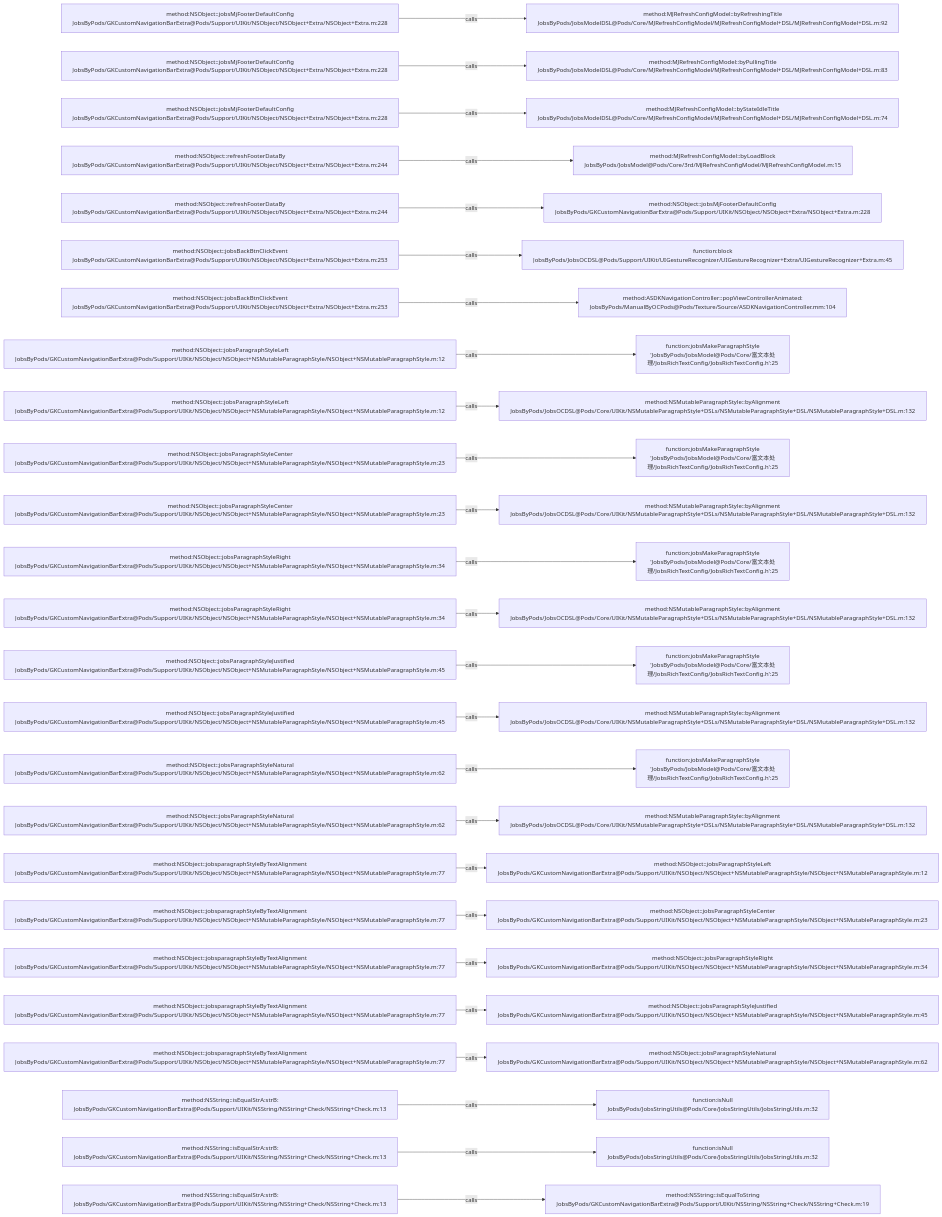
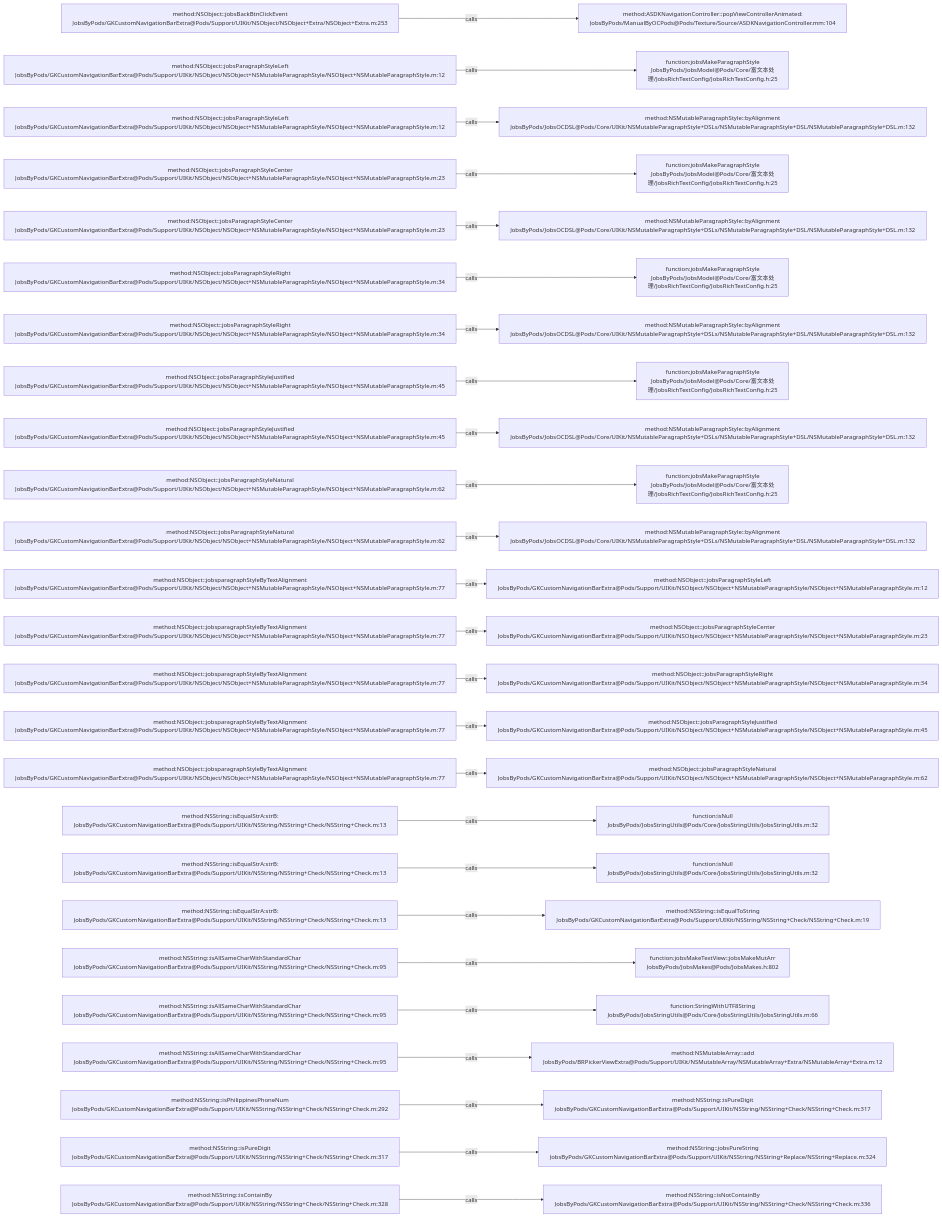
Before and after one commit to JobsKits/JobsOCBaseConfigDemo: the diagram in .codegraph/codegraph.md/graphs/calls-014.md, drawn with Mermaid. The commit also changed 223 other files, not shown here.

````diff
--- a/.codegraph/codegraph.md/graphs/calls-014.md
+++ b/.codegraph/codegraph.md/graphs/calls-014.md
@@ -13,78 +13,78 @@
 ```mermaid
 flowchart LR
-  S1["method:NSObject::jobsMjFooterDefaultConfig<br/>JobsByPods/GKCustomNavigationBarExtra@Pods/Support/UIKit/NSObject/NSObject+Extra/NSObject+Extra.m:228"]
-  T1["method:MJRefreshConfigModel::byRefreshingTitle<br/>JobsByPods/JobsModelDSL@Pods/Core/MJRefreshConfigModel/MJRefreshConfigModel+DSL/MJRefreshConfigModel+DSL.m:92"]
+  S1["method:NSObject::jobsBackBtnClickEvent<br/>JobsByPods/GKCustomNavigationBarExtra@Pods/Support/UIKit/NSObject/NSObject+Extra/NSObject+Extra.m:253"]
+  T1["method:ASDKNavigationController::popViewControllerAnimated:<br/>JobsByPods/ManualByOCPods@Pods/Texture/Source/ASDKNavigationController.mm:104"]
   S1 -->|calls| T1
-  S2["method:NSObject::jobsMjFooterDefaultConfig<br/>JobsByPods/GKCustomNavigationBarExtra@Pods/Support/UIKit/NSObject/NSObject+Extra/NSObject+Extra.m:228"]
-  T2["method:MJRefreshConfigModel::byPullingTitle<br/>JobsByPods/JobsModelDSL@Pods/Core/MJRefreshConfigModel/MJRefreshConfigModel+DSL/MJRefreshConfigModel+DSL.m:83"]
+  S2["method:NSObject::jobsParagraphStyleLeft<br/>JobsByPods/GKCustomNavigationBarExtra@Pods/Support/UIKit/NSObject/NSObject+NSMutableParagraphStyle/NSObject+NSMutableParagraphStyle.m:12"]
+  T2["function:jobsMakeParagraphStyle<br/>JobsByPods/JobsModel@Pods/Core/富文本处理/JobsRichTextConfig/JobsRichTextConfig.h:25"]
   S2 -->|calls| T2
-  S3["method:NSObject::jobsMjFooterDefaultConfig<br/>JobsByPods/GKCustomNavigationBarExtra@Pods/Support/UIKit/NSObject/NSObject+Extra/NSObject+Extra.m:228"]
-  T3["method:MJRefreshConfigModel::byStateIdleTitle<br/>JobsByPods/JobsModelDSL@Pods/Core/MJRefreshConfigModel/MJRefreshConfigModel+DSL/MJRefreshConfigModel+DSL.m:74"]
+  S3["method:NSObject::jobsParagraphStyleLeft<br/>JobsByPods/GKCustomNavigationBarExtra@Pods/Support/UIKit/NSObject/NSObject+NSMutableParagraphStyle/NSObject+NSMutableParagraphStyle.m:12"]
+  T3["method:NSMutableParagraphStyle::byAlignment<br/>JobsByPods/JobsOCDSL@Pods/Core/UIKit/NSMutableParagraphStyle+DSLs/NSMutableParagraphStyle+DSL/NSMutableParagraphStyle+DSL.m:132"]
   S3 -->|calls| T3
-  S4["method:NSObject::refreshFooterDataBy<br/>JobsByPods/GKCustomNavigationBarExtra@Pods/Support/UIKit/NSObject/NSObject+Extra/NSObject+Extra.m:244"]
-  T4["method:MJRefreshConfigModel::byLoadBlock<br/>JobsByPods/JobsModel@Pods/Core/3rd/MJRefreshConfigModel/MJRefreshConfigModel.m:15"]
+  S4["method:NSObject::jobsParagraphStyleCenter<br/>JobsByPods/GKCustomNavigationBarExtra@Pods/Support/UIKit/NSObject/NSObject+NSMutableParagraphStyle/NSObject+NSMutableParagraphStyle.m:23"]
+  T4["function:jobsMakeParagraphStyle<br/>JobsByPods/JobsModel@Pods/Core/富文本处理/JobsRichTextConfig/JobsRichTextConfig.h:25"]
   S4 -->|calls| T4
-  S5["method:NSObject::refreshFooterDataBy<br/>JobsByPods/GKCustomNavigationBarExtra@Pods/Support/UIKit/NSObject/NSObject+Extra/NSObject+Extra.m:244"]
-  T5["method:NSObject::jobsMjFooterDefaultConfig<br/>JobsByPods/GKCustomNavigationBarExtra@Pods/Support/UIKit/NSObject/NSObject+Extra/NSObject+Extra.m:228"]
+  S5["method:NSObject::jobsParagraphStyleCenter<br/>JobsByPods/GKCustomNavigationBarExtra@Pods/Support/UIKit/NSObject/NSObject+NSMutableParagraphStyle/NSObject+NSMutableParagraphStyle.m:23"]
+  T5["method:NSMutableParagraphStyle::byAlignment<br/>JobsByPods/JobsOCDSL@Pods/Core/UIKit/NSMutableParagraphStyle+DSLs/NSMutableParagraphStyle+DSL/NSMutableParagraphStyle+DSL.m:132"]
   S5 -->|calls| T5
-  S6["method:NSObject::jobsBackBtnClickEvent<br/>JobsByPods/GKCustomNavigationBarExtra@Pods/Support/UIKit/NSObject/NSObject+Extra/NSObject+Extra.m:253"]
-  T6["function:block<br/>JobsByPods/JobsOCDSL@Pods/Support/UIKit/UIGestureRecognizer/UIGestureRecognizer+Extra/UIGestureRecognizer+Extra.m:45"]
+  S6["method:NSObject::jobsParagraphStyleRight<br/>JobsByPods/GKCustomNavigationBarExtra@Pods/Support/UIKit/NSObject/NSObject+NSMutableParagraphStyle/NSObject+NSMutableParagraphStyle.m:34"]
+  T6["function:jobsMakeParagraphStyle<br/>JobsByPods/JobsModel@Pods/Core/富文本处理/JobsRichTextConfig/JobsRichTextConfig.h:25"]
   S6 -->|calls| T6
-  S7["method:NSObject::jobsBackBtnClickEvent<br/>JobsByPods/GKCustomNavigationBarExtra@Pods/Support/UIKit/NSObject/NSObject+Extra/NSObject+Extra.m:253"]
-  T7["method:ASDKNavigationController::popViewControllerAnimated:<br/>JobsByPods/ManualByOCPods@Pods/Texture/Source/ASDKNavigationController.mm:104"]
+  S7["method:NSObject::jobsParagraphStyleRight<br/>JobsByPods/GKCustomNavigationBarExtra@Pods/Support/UIKit/NSObject/NSObject+NSMutableParagraphStyle/NSObject+NSMutableParagraphStyle.m:34"]
+  T7["method:NSMutableParagraphStyle::byAlignment<br/>JobsByPods/JobsOCDSL@Pods/Core/UIKit/NSMutableParagraphStyle+DSLs/NSMutableParagraphStyle+DSL/NSMutableParagraphStyle+DSL.m:132"]
   S7 -->|calls| T7
-  S8["method:NSObject::jobsParagraphStyleLeft<br/>JobsByPods/GKCustomNavigationBarExtra@Pods/Support/UIKit/NSObject/NSObject+NSMutableParagraphStyle/NSObject+NSMutableParagraphStyle.m:12"]
-  T8["function:jobsMakeParagraphStyle<br/>'JobsByPods/JobsModel@Pods/Core/富文本处理/JobsRichTextConfig/JobsRichTextConfig.h':25"]
+  S8["method:NSObject::jobsParagraphStyleJustified<br/>JobsByPods/GKCustomNavigationBarExtra@Pods/Support/UIKit/NSObject/NSObject+NSMutableParagraphStyle/NSObject+NSMutableParagraphStyle.m:45"]
+  T8["function:jobsMakeParagraphStyle<br/>JobsByPods/JobsModel@Pods/Core/富文本处理/JobsRichTextConfig/JobsRichTextConfig.h:25"]
   S8 -->|calls| T8
-  S9["method:NSObject::jobsParagraphStyleLeft<br/>JobsByPods/GKCustomNavigationBarExtra@Pods/Support/UIKit/NSObject/NSObject+NSMutableParagraphStyle/NSObject+NSMutableParagraphStyle.m:12"]
+  S9["method:NSObject::jobsParagraphStyleJustified<br/>JobsByPods/GKCustomNavigationBarExtra@Pods/Support/UIKit/NSObject/NSObject+NSMutableParagraphStyle/NSObject+NSMutableParagraphStyle.m:45"]
   T9["method:NSMutableParagraphStyle::byAlignment<br/>JobsByPods/JobsOCDSL@Pods/Core/UIKit/NSMutableParagraphStyle+DSLs/NSMutableParagraphStyle+DSL/NSMutableParagraphStyle+DSL.m:132"]
   S9 -->|calls| T9
-  S10["method:NSObject::jobsParagraphStyleCenter<br/>JobsByPods/GKCustomNavigationBarExtra@Pods/Support/UIKit/NSObject/NSObject+NSMutableParagraphStyle/NSObject+NSMutableParagraphStyle.m:23"]
-  T10["function:jobsMakeParagraphStyle<br/>'JobsByPods/JobsModel@Pods/Core/富文本处理/JobsRichTextConfig/JobsRichTextConfig.h':25"]
+  S10["method:NSObject::jobsParagraphStyleNatural<br/>JobsByPods/GKCustomNavigationBarExtra@Pods/Support/UIKit/NSObject/NSObject+NSMutableParagraphStyle/NSObject+NSMutableParagraphStyle.m:62"]
+  T10["function:jobsMakeParagraphStyle<br/>JobsByPods/JobsModel@Pods/Core/富文本处理/JobsRichTextConfig/JobsRichTextConfig.h:25"]
   S10 -->|calls| T10
-  S11["method:NSObject::jobsParagraphStyleCenter<br/>JobsByPods/GKCustomNavigationBarExtra@Pods/Support/UIKit/NSObject/NSObject+NSMutableParagraphStyle/NSObject+NSMutableParagraphStyle.m:23"]
+  S11["method:NSObject::jobsParagraphStyleNatural<br/>JobsByPods/GKCustomNavigationBarExtra@Pods/Support/UIKit/NSObject/NSObject+NSMutableParagraphStyle/NSObject+NSMutableParagraphStyle.m:62"]
   T11["method:NSMutableParagraphStyle::byAlignment<br/>JobsByPods/JobsOCDSL@Pods/Core/UIKit/NSMutableParagraphStyle+DSLs/NSMutableParagraphStyle+DSL/NSMutableParagraphStyle+DSL.m:132"]
   S11 -->|calls| T11
-  S12["method:NSObject::jobsParagraphStyleRight<br/>JobsByPods/GKCustomNavigationBarExtra@Pods/Support/UIKit/NSObject/NSObject+NSMutableParagraphStyle/NSObject+NSMutableParagraphStyle.m:34"]
-  T12["function:jobsMakeParagraphStyle<br/>'JobsByPods/JobsModel@Pods/Core/富文本处理/JobsRichTextConfig/JobsRichTextConfig.h':25"]
+  S12["method:NSObject::jobsparagraphStyleByTextAlignment<br/>JobsByPods/GKCustomNavigationBarExtra@Pods/Support/UIKit/NSObject/NSObject+NSMutableParagraphStyle/NSObject+NSMutableParagraphStyle.m:77"]
+  T12["method:NSObject::jobsParagraphStyleLeft<br/>JobsByPods/GKCustomNavigationBarExtra@Pods/Support/UIKit/NSObject/NSObject+NSMutableParagraphStyle/NSObject+NSMutableParagraphStyle.m:12"]
   S12 -->|calls| T12
-  S13["method:NSObject::jobsParagraphStyleRight<br/>JobsByPods/GKCustomNavigationBarExtra@Pods/Support/UIKit/NSObject/NSObject+NSMutableParagraphStyle/NSObject+NSMutableParagraphStyle.m:34"]
-  T13["method:NSMutableParagraphStyle::byAlignment<br/>JobsByPods/JobsOCDSL@Pods/Core/UIKit/NSMutableParagraphStyle+DSLs/NSMutableParagraphStyle+DSL/NSMutableParagraphStyle+DSL.m:132"]
+  S13["method:NSObject::jobsparagraphStyleByTextAlignment<br/>JobsByPods/GKCustomNavigationBarExtra@Pods/Support/UIKit/NSObject/NSObject+NSMutableParagraphStyle/NSObject+NSMutableParagraphStyle.m:77"]
+  T13["method:NSObject::jobsParagraphStyleCenter<br/>JobsByPods/GKCustomNavigationBarExtra@Pods/Support/UIKit/NSObject/NSObject+NSMutableParagraphStyle/NSObject+NSMutableParagraphStyle.m:23"]
   S13 -->|calls| T13
-  S14["method:NSObject::jobsParagraphStyleJustified<br/>JobsByPods/GKCustomNavigationBarExtra@Pods/Support/UIKit/NSObject/NSObject+NSMutableParagraphStyle/NSObject+NSMutableParagraphStyle.m:45"]
-  T14["function:jobsMakeParagraphStyle<br/>'JobsByPods/JobsModel@Pods/Core/富文本处理/JobsRichTextConfig/JobsRichTextConfig.h':25"]
+  S14["method:NSObject::jobsparagraphStyleByTextAlignment<br/>JobsByPods/GKCustomNavigationBarExtra@Pods/Support/UIKit/NSObject/NSObject+NSMutableParagraphStyle/NSObject+NSMutableParagraphStyle.m:77"]
+  T14["method:NSObject::jobsParagraphStyleRight<br/>JobsByPods/GKCustomNavigationBarExtra@Pods/Support/UIKit/NSObject/NSObject+NSMutableParagraphStyle/NSObject+NSMutableParagraphStyle.m:34"]
   S14 -->|calls| T14
-  S15["method:NSObject::jobsParagraphStyleJustified<br/>JobsByPods/GKCustomNavigationBarExtra@Pods/Support/UIKit/NSObject/NSObject+NSMutableParagraphStyle/NSObject+NSMutableParagraphStyle.m:45"]
-  T15["method:NSMutableParagraphStyle::byAlignment<br/>JobsByPods/JobsOCDSL@Pods/Core/UIKit/NSMutableParagraphStyle+DSLs/NSMutableParagraphStyle+DSL/NSMutableParagraphStyle+DSL.m:132"]
+  S15["method:NSObject::jobsparagraphStyleByTextAlignment<br/>JobsByPods/GKCustomNavigationBarExtra@Pods/Support/UIKit/NSObject/NSObject+NSMutableParagraphStyle/NSObject+NSMutableParagraphStyle.m:77"]
+  T15["method:NSObject::jobsParagraphStyleJustified<br/>JobsByPods/GKCustomNavigationBarExtra@Pods/Support/UIKit/NSObject/NSObject+NSMutableParagraphStyle/NSObject+NSMutableParagraphStyle.m:45"]
   S15 -->|calls| T15
-  S16["method:NSObject::jobsParagraphStyleNatural<br/>JobsByPods/GKCustomNavigationBarExtra@Pods/Support/UIKit/NSObject/NSObject+NSMutableParagraphStyle/NSObject+NSMutableParagraphStyle.m:62"]
-  T16["function:jobsMakeParagraphStyle<br/>'JobsByPods/JobsModel@Pods/Core/富文本处理/JobsRichTextConfig/JobsRichTextConfig.h':25"]
+  S16["method:NSObject::jobsparagraphStyleByTextAlignment<br/>JobsByPods/GKCustomNavigationBarExtra@Pods/Support/UIKit/NSObject/NSObject+NSMutableParagraphStyle/NSObject+NSMutableParagraphStyle.m:77"]
+  T16["method:NSObject::jobsParagraphStyleNatural<br/>JobsByPods/GKCustomNavigationBarExtra@Pods/Support/UIKit/NSObject/NSObject+NSMutableParagraphStyle/NSObject+NSMutableParagraphStyle.m:62"]
   S16 -->|calls| T16
-  S17["method:NSObject::jobsParagraphStyleNatural<br/>JobsByPods/GKCustomNavigationBarExtra@Pods/Support/UIKit/NSObject/NSObject+NSMutableParagraphStyle/NSObject+NSMutableParagraphStyle.m:62"]
-  T17["method:NSMutableParagraphStyle::byAlignment<br/>JobsByPods/JobsOCDSL@Pods/Core/UIKit/NSMutableParagraphStyle+DSLs/NSMutableParagraphStyle+DSL/NSMutableParagraphStyle+DSL.m:132"]
+  S17["method:NSString::isEqualStrA:strB:<br/>JobsByPods/GKCustomNavigationBarExtra@Pods/Support/UIKit/NSString/NSString+Check/NSString+Check.m:13"]
+  T17["function:isNull<br/>JobsByPods/JobsStringUtils@Pods/Core/JobsStringUtils/JobsStringUtils.m:32"]
   S17 -->|calls| T17
-  S18["method:NSObject::jobsparagraphStyleByTextAlignment<br/>JobsByPods/GKCustomNavigationBarExtra@Pods/Support/UIKit/NSObject/NSObject+NSMutableParagraphStyle/NSObject+NSMutableParagraphStyle.m:77"]
-  T18["method:NSObject::jobsParagraphStyleLeft<br/>JobsByPods/GKCustomNavigationBarExtra@Pods/Support/UIKit/NSObject/NSObject+NSMutableParagraphStyle/NSObject+NSMutableParagraphStyle.m:12"]
+  S18["method:NSString::isEqualStrA:strB:<br/>JobsByPods/GKCustomNavigationBarExtra@Pods/Support/UIKit/NSString/NSString+Check/NSString+Check.m:13"]
+  T18["function:isNull<br/>JobsByPods/JobsStringUtils@Pods/Core/JobsStringUtils/JobsStringUtils.m:32"]
   S18 -->|calls| T18
-  S19["method:NSObject::jobsparagraphStyleByTextAlignment<br/>JobsByPods/GKCustomNavigationBarExtra@Pods/Support/UIKit/NSObject/NSObject+NSMutableParagraphStyle/NSObject+NSMutableParagraphStyle.m:77"]
-  T19["method:NSObject::jobsParagraphStyleCenter<br/>JobsByPods/GKCustomNavigationBarExtra@Pods/Support/UIKit/NSObject/NSObject+NSMutableParagraphStyle/NSObject+NSMutableParagraphStyle.m:23"]
+  S19["method:NSString::isEqualStrA:strB:<br/>JobsByPods/GKCustomNavigationBarExtra@Pods/Support/UIKit/NSString/NSString+Check/NSString+Check.m:13"]
+  T19["method:NSString::isEqualToString<br/>JobsByPods/GKCustomNavigationBarExtra@Pods/Support/UIKit/NSString/NSString+Check/NSString+Check.m:19"]
   S19 -->|calls| T19
-  S20["method:NSObject::jobsparagraphStyleByTextAlignment<br/>JobsByPods/GKCustomNavigationBarExtra@Pods/Support/UIKit/NSObject/NSObject+NSMutableParagraphStyle/NSObject+NSMutableParagraphStyle.m:77"]
-  T20["method:NSObject::jobsParagraphStyleRight<br/>JobsByPods/GKCustomNavigationBarExtra@Pods/Support/UIKit/NSObject/NSObject+NSMutableParagraphStyle/NSObject+NSMutableParagraphStyle.m:34"]
+  S20["method:NSString::isAllSameCharWithStandardChar<br/>JobsByPods/GKCustomNavigationBarExtra@Pods/Support/UIKit/NSString/NSString+Check/NSString+Check.m:95"]
+  T20["function:jobsMakeTextView::jobsMakeMutArr<br/>JobsByPods/JobsMakes@Pods/JobsMakes.h:802"]
   S20 -->|calls| T20
-  S21["method:NSObject::jobsparagraphStyleByTextAlignment<br/>JobsByPods/GKCustomNavigationBarExtra@Pods/Support/UIKit/NSObject/NSObject+NSMutableParagraphStyle/NSObject+NSMutableParagraphStyle.m:77"]
-  T21["method:NSObject::jobsParagraphStyleJustified<br/>JobsByPods/GKCustomNavigationBarExtra@Pods/Support/UIKit/NSObject/NSObject+NSMutableParagraphStyle/NSObject+NSMutableParagraphStyle.m:45"]
+  S21["method:NSString::isAllSameCharWithStandardChar<br/>JobsByPods/GKCustomNavigationBarExtra@Pods/Support/UIKit/NSString/NSString+Check/NSString+Check.m:95"]
+  T21["function:StringWithUTF8String<br/>JobsByPods/JobsStringUtils@Pods/Core/JobsStringUtils/JobsStringUtils.m:66"]
   S21 -->|calls| T21
-  S22["method:NSObject::jobsparagraphStyleByTextAlignment<br/>JobsByPods/GKCustomNavigationBarExtra@Pods/Support/UIKit/NSObject/NSObject+NSMutableParagraphStyle/NSObject+NSMutableParagraphStyle.m:77"]
-  T22["method:NSObject::jobsParagraphStyleNatural<br/>JobsByPods/GKCustomNavigationBarExtra@Pods/Support/UIKit/NSObject/NSObject+NSMutableParagraphStyle/NSObject+NSMutableParagraphStyle.m:62"]
+  S22["method:NSString::isAllSameCharWithStandardChar<br/>JobsByPods/GKCustomNavigationBarExtra@Pods/Support/UIKit/NSString/NSString+Check/NSString+Check.m:95"]
+  T22["method:NSMutableArray::add<br/>JobsByPods/BRPickerViewExtra@Pods/Support/UIKit/NSMutableArray/NSMutableArray+Extra/NSMutableArray+Extra.m:12"]
   S22 -->|calls| T22
-  S23["method:NSString::isEqualStrA:strB:<br/>JobsByPods/GKCustomNavigationBarExtra@Pods/Support/UIKit/NSString/NSString+Check/NSString+Check.m:13"]
-  T23["function:isNull<br/>JobsByPods/JobsStringUtils@Pods/Core/JobsStringUtils/JobsStringUtils.m:32"]
+  S23["method:NSString::isPhilippinesPhoneNum<br/>JobsByPods/GKCustomNavigationBarExtra@Pods/Support/UIKit/NSString/NSString+Check/NSString+Check.m:292"]
+  T23["method:NSString::isPureDigit<br/>JobsByPods/GKCustomNavigationBarExtra@Pods/Support/UIKit/NSString/NSString+Check/NSString+Check.m:317"]
   S23 -->|calls| T23
-  S24["method:NSString::isEqualStrA:strB:<br/>JobsByPods/GKCustomNavigationBarExtra@Pods/Support/UIKit/NSString/NSString+Check/NSString+Check.m:13"]
-  T24["function:isNull<br/>JobsByPods/JobsStringUtils@Pods/Core/JobsStringUtils/JobsStringUtils.m:32"]
+  S24["method:NSString::isPureDigit<br/>JobsByPods/GKCustomNavigationBarExtra@Pods/Support/UIKit/NSString/NSString+Check/NSString+Check.m:317"]
+  T24["method:NSString::jobsPureString<br/>JobsByPods/GKCustomNavigationBarExtra@Pods/Support/UIKit/NSString/NSString+Replace/NSString+Replace.m:324"]
   S24 -->|calls| T24
-  S25["method:NSString::isEqualStrA:strB:<br/>JobsByPods/GKCustomNavigationBarExtra@Pods/Support/UIKit/NSString/NSString+Check/NSString+Check.m:13"]
-  T25["method:NSString::isEqualToString<br/>JobsByPods/GKCustomNavigationBarExtra@Pods/Support/UIKit/NSString/NSString+Check/NSString+Check.m:19"]
+  S25["method:NSString::isContainBy<br/>JobsByPods/GKCustomNavigationBarExtra@Pods/Support/UIKit/NSString/NSString+Check/NSString+Check.m:328"]
+  T25["method:NSString::isNotContainBy<br/>JobsByPods/GKCustomNavigationBarExtra@Pods/Support/UIKit/NSString/NSString+Check/NSString+Check.m:336"]
   S25 -->|calls| T25
 ```
````
